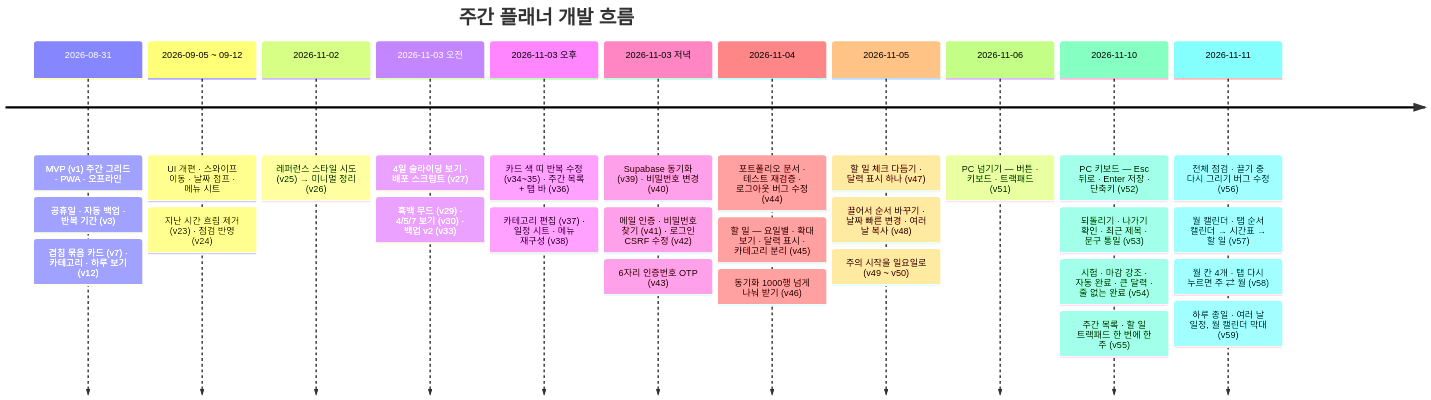
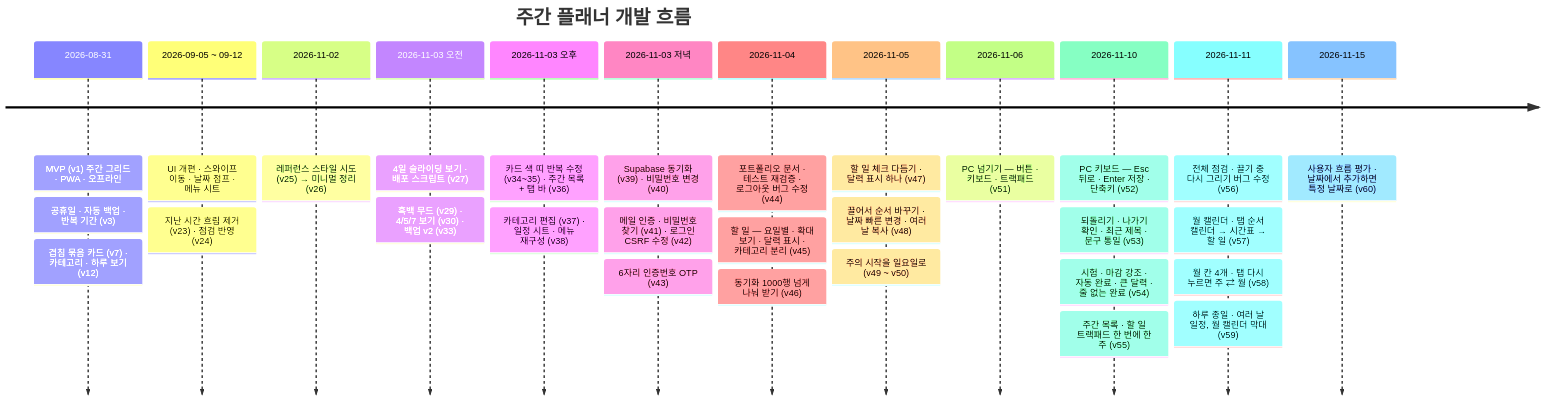
Before and after one commit to jmg0929/weekly-planner: the second of 2 diagrams in docs/README.md, drawn with Mermaid. The commit also changed other lines of this file and 7 other files, not shown here.

````diff
--- a/docs/README.md
+++ b/docs/README.md
@@ -124,32 +124,33 @@
 ```mermaid
 timeline
   title 주간 플래너 개발 흐름
   2026-08-31 : MVP (v1) 주간 그리드 · PWA · 오프라인
              : 공휴일 · 자동 백업 · 반복 기간 (v3)
              : 겹침 묶음 카드 (v7) · 카테고리 · 하루 보기 (v12)
   2026-09-05 ~ 09-12 : UI 개편 · 스와이프 이동 · 날짜 점프 · 메뉴 시트
                      : 지난 시간 흐림 제거 (v23) · 점검 반영 (v24)
   2026-11-02 : 레퍼런스 스타일 시도 (v25) → 미니멀 정리 (v26)
   2026-11-03 오전 : 4일 슬라이딩 보기 · 배포 스크립트 (v27)
                  : 흑백 무드 (v29) · 4/5/7 보기 (v30) · 백업 v2 (v33)
   2026-11-03 오후 : 카드 색 띠 반복 수정 (v34~35) · 주간 목록 + 탭 바 (v36)
                  : 카테고리 편집 (v37) · 일정 시트 · 메뉴 재구성 (v38)
   2026-11-03 저녁 : Supabase 동기화 (v39) · 비밀번호 변경 (v40)
                  : 메일 인증 · 비밀번호 찾기 (v41) · 로그인 CSRF 수정 (v42)
                  : 6자리 인증번호 OTP (v43)
   2026-11-04 : 포트폴리오 문서 · 테스트 재검증 · 로그아웃 버그 수정 (v44)
              : 할 일 — 요일별 · 확대 보기 · 달력 표시 · 카테고리 분리 (v45)
              : 동기화 1000행 넘게 나눠 받기 (v46)
   2026-11-05 : 할 일 체크 다듬기 · 달력 표시 하나 (v47)
              : 끌어서 순서 바꾸기 · 날짜 빠른 변경 · 여러 날 복사 (v48)
              : 주의 시작을 일요일로 (v49 ~ v50)
   2026-11-06 : PC 넘기기 — 버튼 · 키보드 · 트랙패드 (v51)
   2026-11-10 : PC 키보드 — Esc 뒤로 · Enter 저장 · 단축키 (v52)
              : 되돌리기 · 나가기 확인 · 최근 제목 · 문구 통일 (v53)
              : 시험 · 마감 강조 · 자동 완료 · 큰 달력 · 줄 없는 완료 (v54)
              : 주간 목록 · 할 일 트랙패드 한 번에 한 주 (v55)
   2026-11-11 : 전체 점검 · 끌기 중 다시 그리기 버그 수정 (v56)
              : 월 캘린더 · 탭 순서 캘린더 → 시간표 → 할 일 (v57)
              : 월 칸 4개 · 탭 다시 누르면 주 ⇄ 월 (v58)
              : 하루 종일 · 여러 날 일정, 월 캘린더 막대 (v59)
+  2026-11-15 : 사용자 흐름 평가 · 날짜에서 추가하면 특정 날짜로 (v60)
 ```
````
